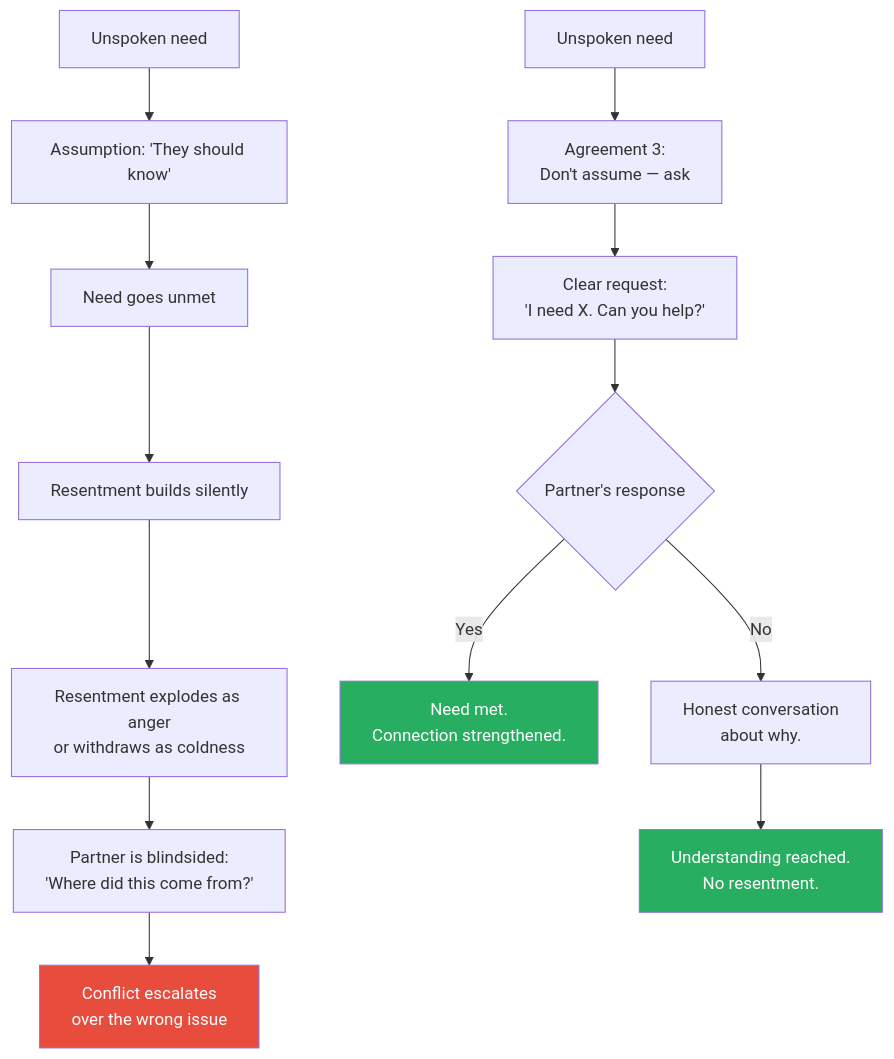
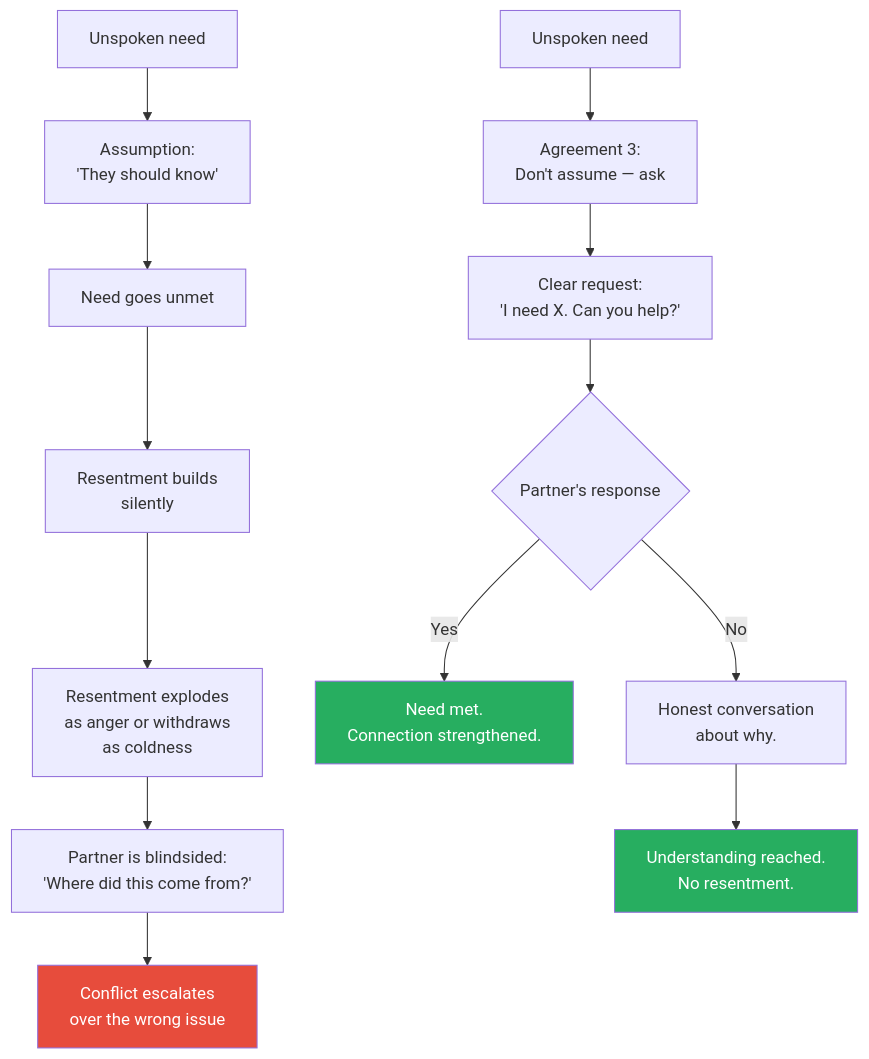
One commit to alius33/reader changed the fifth of 7 diagrams in summaries/Mindset & Self-Mastery/The Four Agreements - Don Miguel Ruiz.md. Above: the diagram before and after it, drawn with Mermaid. The commit also changed other lines of this file and 272 other files, not shown here.

````diff
--- a/summaries/Mindset & Self-Mastery/The Four Agreements - Don Miguel Ruiz.md
+++ b/summaries/Mindset & Self-Mastery/The Four Agreements - Don Miguel Ruiz.md
@@ -444,20 +536,20 @@
 ```mermaid
 flowchart TD
-    A["Unspoken need"] --> B["Assumption: 'They should know'"]
+    A["Unspoken need"] --> B["Assumption:<br>'They should know'"]
     B --> C["Need goes unmet"]
-    C --> D["Resentment builds silently"]
-    D --> E["Resentment explodes as anger\nor withdraws as coldness"]
-    E --> F["Partner is blindsided:\n'Where did this come from?'"]
-    F --> G["Conflict escalates\nover the wrong issue"]
-    
-    A2["Unspoken need"] --> H["Agreement 3:\nDon't assume — ask"]
-    H --> I["Clear request:\n'I need X. Can you help?'"]
+    C --> D["Resentment builds<br>silently"]
+    D --> E["Resentment explodes<br>as anger or withdraws<br>as coldness"]
+    E --> F["Partner is blindsided:<br>'Where did this come from?'"]
+    F --> G["Conflict escalates<br>over the wrong issue"]
+
+    A2["Unspoken need"] --> H["Agreement 3:<br>Don't assume — ask"]
+    H --> I["Clear request:<br>'I need X. Can you help?'"]
     I --> J{"Partner's response"}
-    J -->|Yes| K["Need met.\nConnection strengthened."]
-    J -->|No| L["Honest conversation\nabout why."]
-    L --> M["Understanding reached.\nNo resentment."]
-    
+    J -->|Yes| K["Need met.<br>Connection strengthened."]
+    J -->|No| L["Honest conversation<br>about why."]
+    L --> M["Understanding reached.<br>No resentment."]
+
     style G fill:#e74c3c,color:#fff
     style K fill:#27ae60,color:#fff
     style M fill:#27ae60,color:#fff
 ```
````
